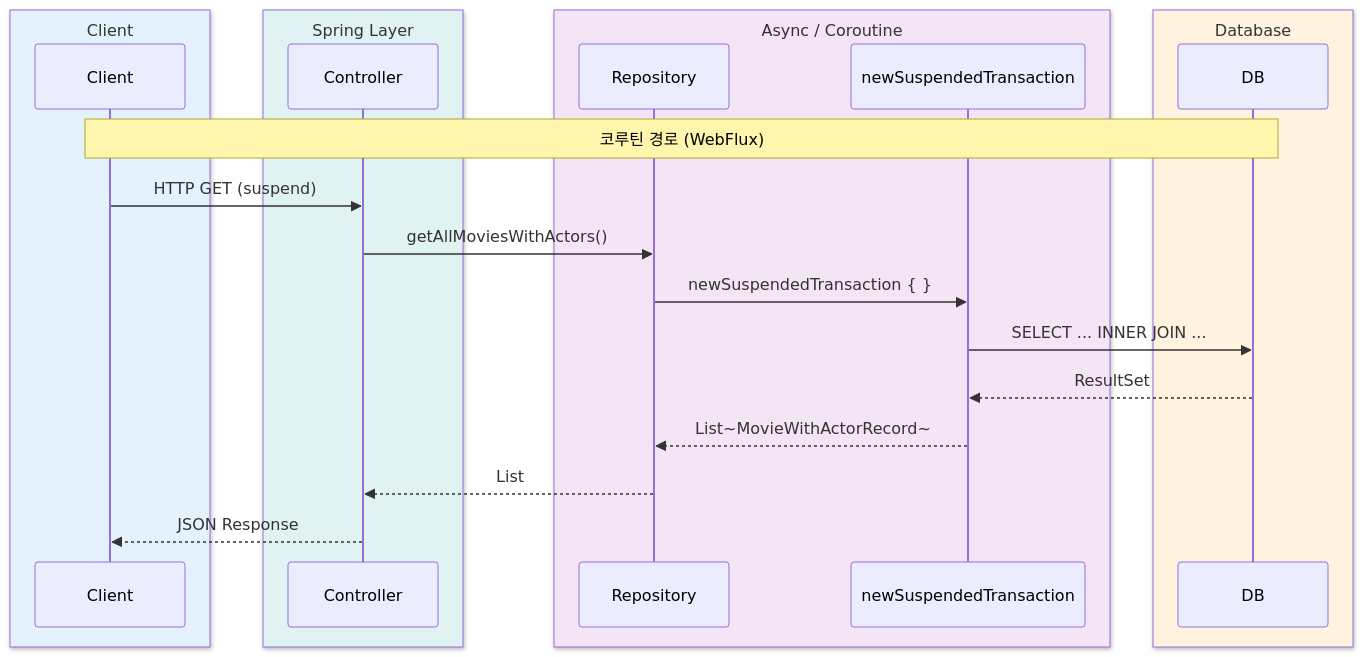
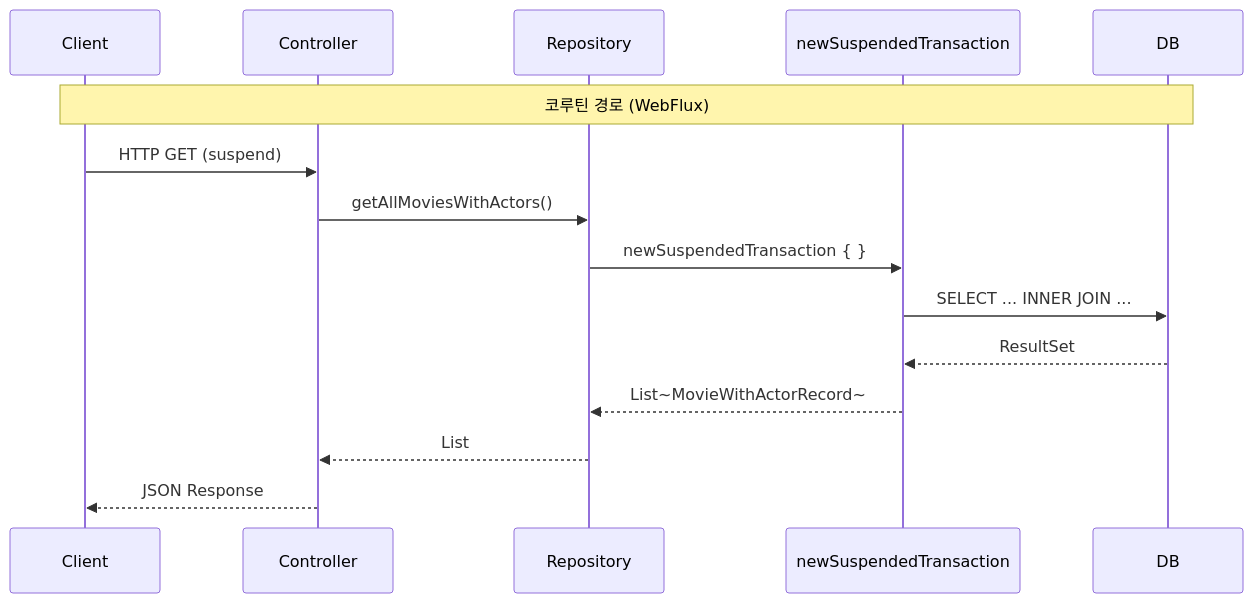
One commit to bluetape4k/exposed-workshop changed the third of 3 diagrams in 09-spring/05-exposed-repository-coroutines/README.ko.md. Above: the diagram before and after it, drawn with Mermaid. The commit also changed 42 other files, not shown here.

First line of the commit message:
docs: sequence diagram에서 box rgb() 제거 (option 1 - GitHub dark mode 기본 렌더링 사용)

````diff
--- a/09-spring/05-exposed-repository-coroutines/README.ko.md
+++ b/09-spring/05-exposed-repository-coroutines/README.ko.md
@@ -156,27 +156,19 @@
 ```mermaid
 %%{init: {"theme": "neutral", "themeVariables": {"fontFamily": "'Comic Mono', 'goorm sans code', 'JetBrains Mono', 'goorm sans'"}}}%%
 sequenceDiagram
-    box rgb(227, 242, 253) Client
-        participant Client
-    end
-    box rgb(224, 242, 241) Spring Layer
-        participant Controller
-    end
-    box rgb(243, 229, 245) Async / Coroutine
-        participant Repository
-        participant STM as newSuspendedTransaction
-    end
-    box rgb(255, 243, 224) Database
-        participant DB
-    end
+    participant Client
+    participant Controller
+    participant Repository
+    participant STM as newSuspendedTransaction
+    participant DB
 
     Note over Client,DB: 코루틴 경로 (WebFlux)
     Client->>Controller: HTTP GET (suspend)
     Controller->>Repository: getAllMoviesWithActors()
     Repository->>STM: newSuspendedTransaction { }
     STM->>DB: SELECT ... INNER JOIN ...
     DB-->>STM: ResultSet
     STM-->>Repository: List~MovieWithActorRecord~
     Repository-->>Controller: List
     Controller-->>Client: JSON Response
 ```
````
